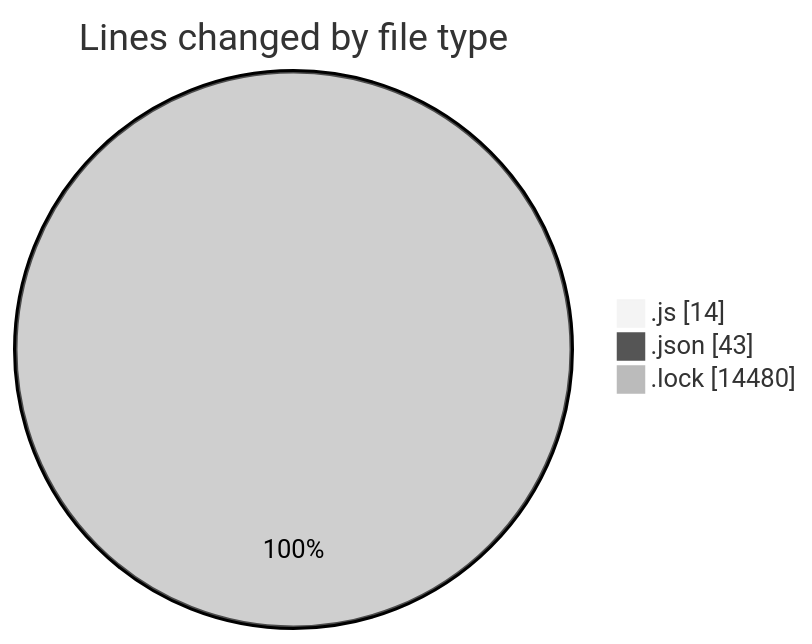
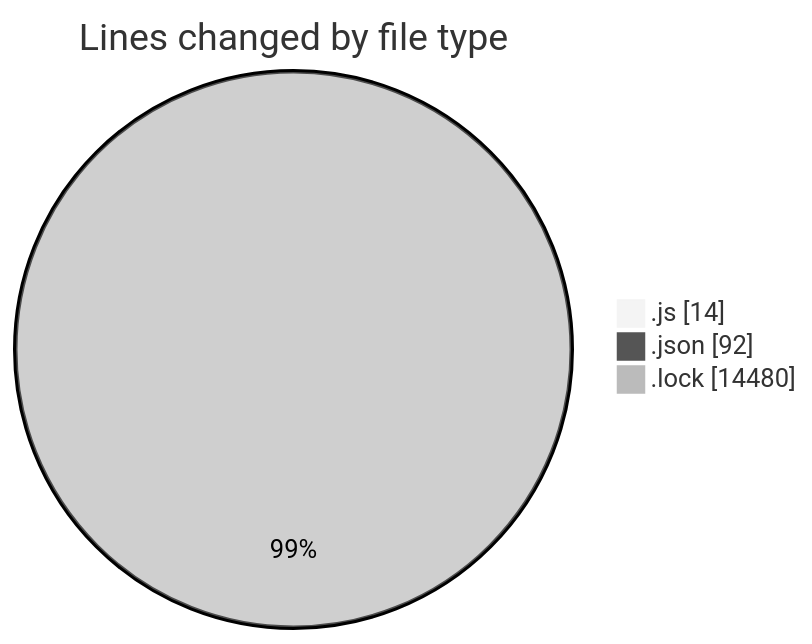
One commit to momahboobian/code-tracking changed the first of 2 diagrams in 2025-12-18/cda/README.md. Above: the diagram before and after it, drawn with Mermaid (neutral theme). The commit also changed other lines of this file and 1 other file, not shown here.

````diff
--- a/2025-12-18/cda/README.md
+++ b/2025-12-18/cda/README.md
@@ -24,7 +25,7 @@
 ```mermaid
 pie showData
 title Lines changed by file type
 ".js" : 14
-".json" : 43
+".json" : 92
 ".lock" : 14480
 ```
````
